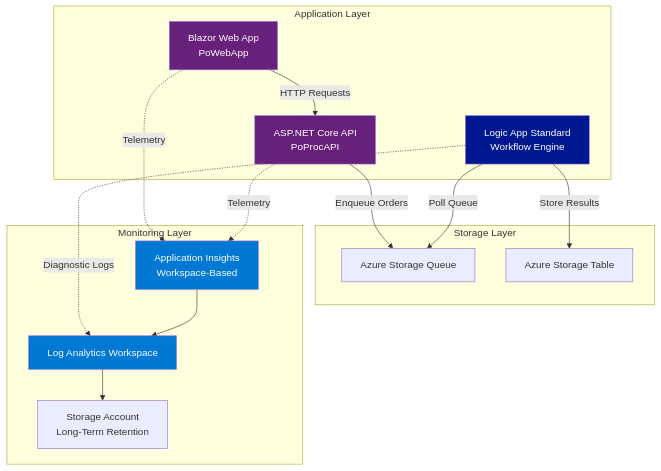
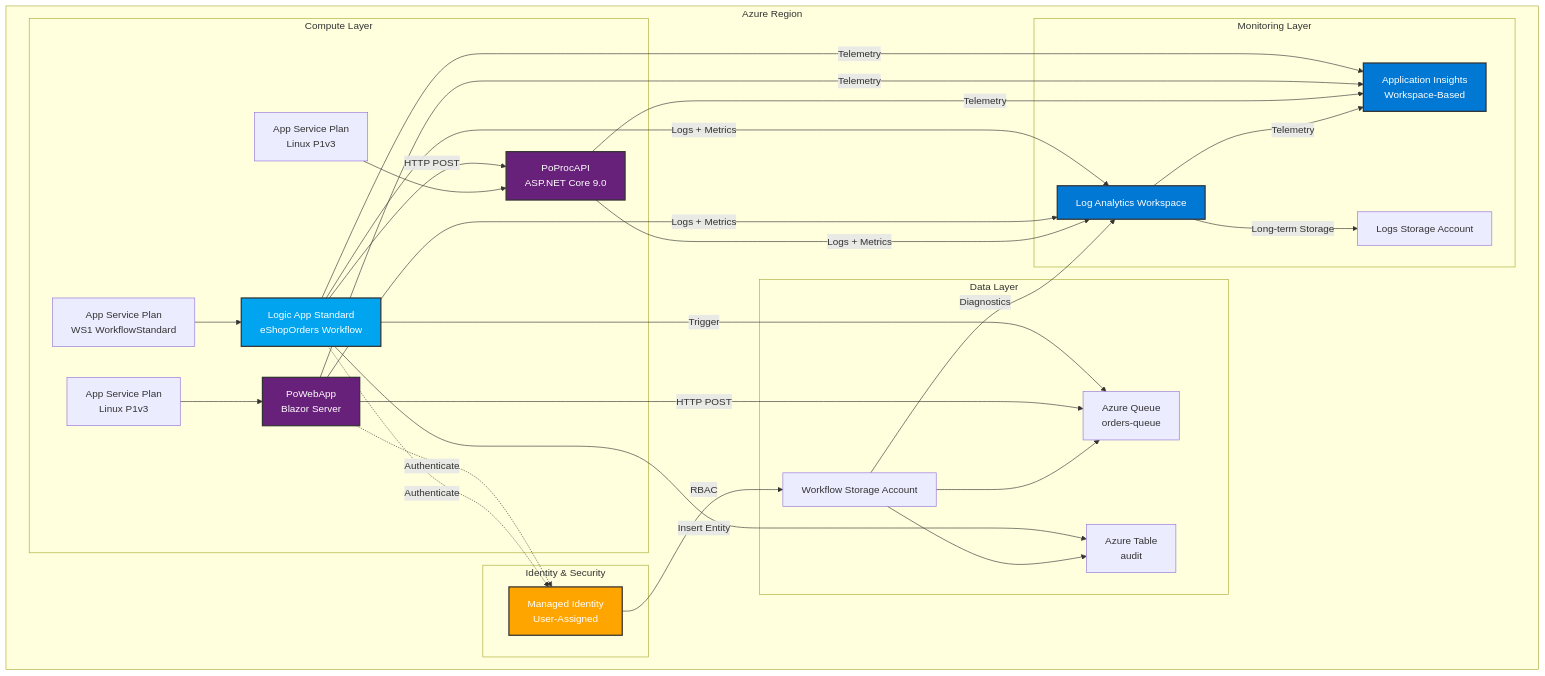
Before and after one commit to Evilazaro/Azure-LogicApps-Monitoring: the first of 4 diagrams in README.md, drawn with Mermaid. The commit also changed other lines of this file, not shown here.

Commit message:
Implement feature X to enhance user experience and optimize performance

````diff
--- a/README.md
+++ b/README.md
@@ -211,37 +204,69 @@
 ```mermaid
 graph TB
-    subgraph "Application Layer"
-        WebApp[Blazor Web App<br/>PoWebApp]
-        API[ASP.NET Core API<br/>PoProcAPI]
-        LogicApp[Logic App Standard<br/>Workflow Engine]
+    subgraph "Azure Region"
+        subgraph "Monitoring Layer"
+            LAW[Log Analytics Workspace]
+            AI[Application Insights<br/>Workspace-Based]
+            LOGS_SA[Logs Storage Account]
+            
+            LAW -->|Telemetry| AI
+            LAW -->|Long-term Storage| LOGS_SA
+        end
+        
+        subgraph "Compute Layer"
+            ASP_API[App Service Plan<br/>Linux P1v3]
+            ASP_WEB[App Service Plan<br/>Linux P1v3]
+            ASP_LA[App Service Plan<br/>WS1 WorkflowStandard]
+            
+            API[PoProcAPI<br/>ASP.NET Core 9.0]
+            WEB[PoWebApp<br/>Blazor Server]
+            LA[Logic App Standard<br/>eShopOrders Workflow]
+            
+            ASP_API --> API
+            ASP_WEB --> WEB
+            ASP_LA --> LA
+        end
+        
+        subgraph "Data Layer"
+            WF_SA[Workflow Storage Account]
+            QUEUE[Azure Queue<br/>orders-queue]
+            TABLE[Azure Table<br/>audit]
+            
+            WF_SA --> QUEUE
+            WF_SA --> TABLE
+        end
+        
+        subgraph "Identity & Security"
+            MI[Managed Identity<br/>User-Assigned]
+        end
+        
+        %% Monitoring Connections
+        API -->|Telemetry| AI
+        WEB -->|Telemetry| AI
+        LA -->|Telemetry| AI
+        WF_SA -->|Diagnostics| LAW
+        
+        %% Application Flow
+        WEB -->|HTTP POST| QUEUE
+        LA -->|Trigger| QUEUE
+        LA -->|HTTP POST| API
+        LA -->|Insert Entity| TABLE
+        
+        %% Security
+        LA -.->|Authenticate| MI
+        WEB -.->|Authenticate| MI
+        MI -->|RBAC| WF_SA
+        
+        %% Diagnostics
+        API -->|Logs + Metrics| LAW
+        WEB -->|Logs + Metrics| LAW
+        LA -->|Logs + Metrics| LAW
     end
-
-    subgraph "Storage Layer"
-        Queue[Azure Storage Queue]
-        Table[Azure Storage Table]
-    end
-
-    subgraph "Monitoring Layer"
-        AppInsights[Application Insights<br/>Workspace-Based]
-        LogAnalytics[Log Analytics Workspace]
-        StorageAccount[Storage Account<br/>Long-Term Retention]
-    end
-
-    WebApp -->|HTTP Requests| API
-    API -->|Enqueue Orders| Queue
-    LogicApp -->|Poll Queue| Queue
-    LogicApp -->|Store Results| Table
-
-    WebApp -.->|Telemetry| AppInsights
-    API -.->|Telemetry| AppInsights
-    LogicApp -.->|Diagnostic Logs| LogAnalytics
-
-    AppInsights --> LogAnalytics
-    LogAnalytics --> StorageAccount
-
-    style WebApp fill:#68217A,color:#fff
-    style API fill:#68217A,color:#fff
-    style LogicApp fill:#00188F,color:#fff
-    style AppInsights fill:#0078D4,color:#fff
-    style LogAnalytics fill:#0078D4,color:#fff
+    
+    style LAW fill:#0078D4,stroke:#333,stroke-width:2px,color:#fff
+    style AI fill:#0078D4,stroke:#333,stroke-width:2px,color:#fff
+    style API fill:#68217A,stroke:#333,stroke-width:2px,color:#fff
+    style WEB fill:#68217A,stroke:#333,stroke-width:2px,color:#fff
+    style LA fill:#00A4EF,stroke:#333,stroke-width:2px,color:#fff
+    style MI fill:#FFA500,stroke:#333,stroke-width:2px,color:#fff
 ```
````
